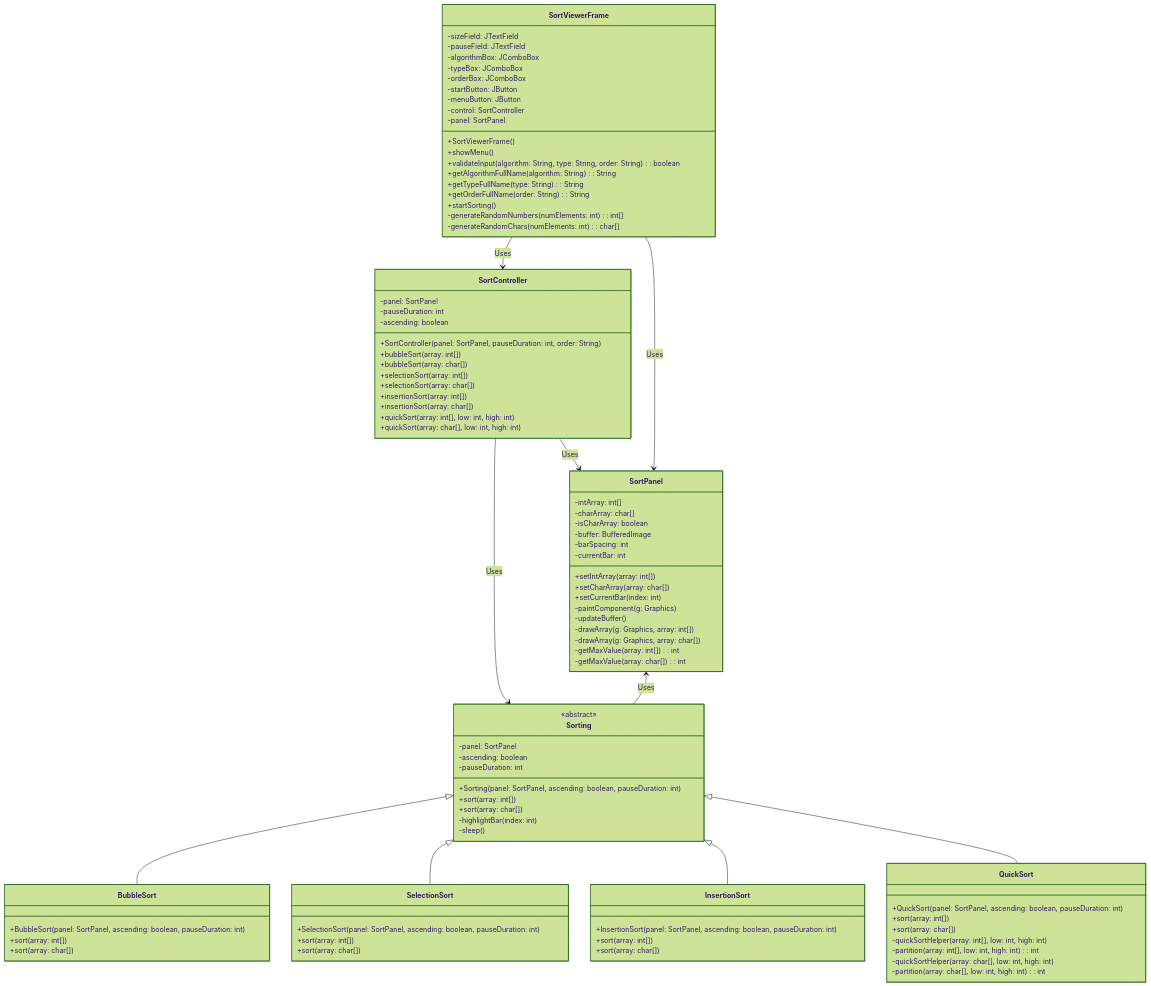
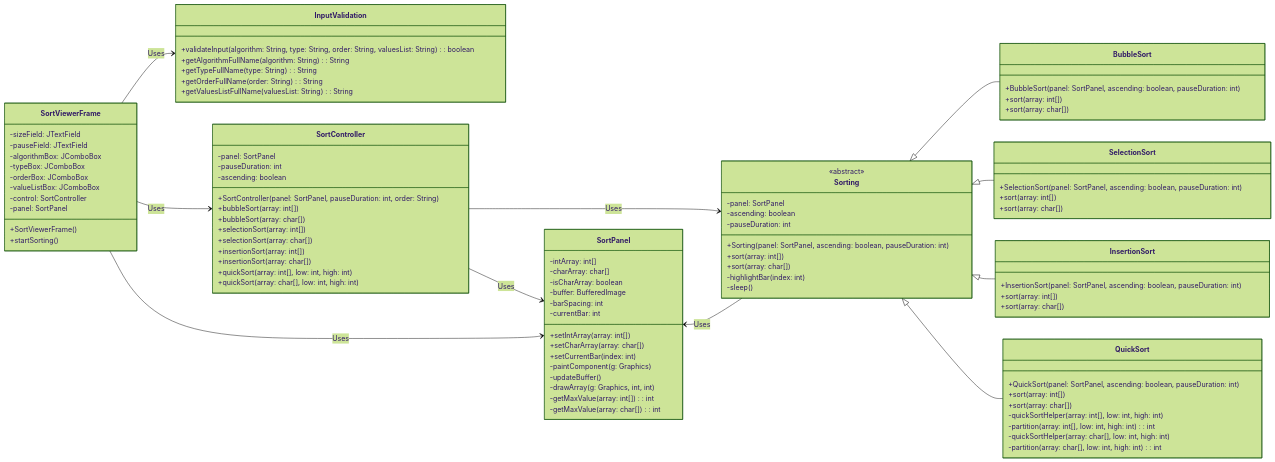
One commit to vitoriabarbosa/sort-visualizer changed the diagram in README.md. Above: the diagram before and after it, drawn with Mermaid (forest theme). The commit also changed other lines of this file, not shown here.

Commit message:
Update README.md
- informações sobre os algoritmos de ordenação utilizados no projeto

- como compilar e executar

````diff
--- a/README.md
+++ b/README.md
@@ -12,107 +29,107 @@
 ```mermaid
-classDiagram
+  classDiagram
+    direction LR
     class SortViewerFrame {
-        +SortViewerFrame()
-        +showMenu()
-        +validateInput(algorithm: String, type: String, order: String): boolean
-        +getAlgorithmFullName(algorithm: String): String
-        +getTypeFullName(type: String): String
-        +getOrderFullName(order: String): String
-        +startSorting()
-        -generateRandomNumbers(numElements: int): int[]
-        -generateRandomChars(numElements: int): char[]
-        -sizeField: JTextField
-        -pauseField: JTextField
-        -algorithmBox: JComboBox
-        -typeBox: JComboBox
-        -orderBox: JComboBox
-        -startButton: JButton
-        -menuButton: JButton
-        -control: SortController
-        -panel: SortPanel
-    }
-
-    class SortController {
-        +SortController(panel: SortPanel, pauseDuration: int, order: String)
-        +bubbleSort(array: int[])
-        +bubbleSort(array: char[])
-        +selectionSort(array: int[])
-        +selectionSort(array: char[])
-        +insertionSort(array: int[])
-        +insertionSort(array: char[])
-        +quickSort(array: int[], low: int, high: int)
-        +quickSort(array: char[], low: int, high: int)
-        -panel: SortPanel
-        -pauseDuration: int
-        -ascending: boolean
-    }
-
-    class Sorting {
-        <<abstract>>
-        +Sorting(panel: SortPanel, ascending: boolean, pauseDuration: int)
-        +sort(array: int[])
-        +sort(array: char[])
-        -highlightBar(index: int)
-        -sleep()
-        -panel: SortPanel
-        -ascending: boolean
-        -pauseDuration: int
-    }
-
-    class BubbleSort {
-        +BubbleSort(panel: SortPanel, ascending: boolean, pauseDuration: int)
-        +sort(array: int[])
-        +sort(array: char[])
-    }
-
-    class SelectionSort {
-        +SelectionSort(panel: SortPanel, ascending: boolean, pauseDuration: int)
-        +sort(array: int[])
-        +sort(array: char[])
-    }
-
-    class InsertionSort {
-        +InsertionSort(panel: SortPanel, ascending: boolean, pauseDuration: int)
-        +sort(array: int[])
-        +sort(array: char[])
-    }
-
-    class QuickSort {
-        +QuickSort(panel: SortPanel, ascending: boolean, pauseDuration: int)
-        +sort(array: int[])
-        +sort(array: char[])
-        -quickSortHelper(array: int[], low: int, high: int)
-        -partition(array: int[], low: int, high: int): int
-        -quickSortHelper(array: char[], low: int, high: int)
-        -partition(array: char[], low: int, high: int): int
-    }
-
-    class SortPanel {
-        +setIntArray(array: int[])
-        +setCharArray(array: char[])
-        +setCurrentBar(index: int)
-        -paintComponent(g: Graphics)
-        -updateBuffer()
-        -drawArray(g: Graphics, array: int[])
-        -drawArray(g: Graphics, array: char[])
-        -getMaxValue(array: int[]): int
-        -getMaxValue(array: char[]): int
-        -intArray: int[]
-        -charArray: char[]
-        -isCharArray: boolean
-        -buffer: BufferedImage
-        -barSpacing: int
-        -currentBar: int
-    }
-
-    SortViewerFrame --> SortController : Uses
-    SortController --> Sorting : Uses
-    Sorting <|-- BubbleSort
-    Sorting <|-- SelectionSort
-    Sorting <|-- InsertionSort
-    Sorting <|-- QuickSort
-    SortPanel <-- Sorting : Uses
-    SortController --> SortPanel : Uses
-    SortViewerFrame --> SortPanel : Uses
-
+          +SortViewerFrame()
+          +startSorting()
+          -sizeField: JTextField
+          -pauseField: JTextField
+          -algorithmBox: JComboBox
+          -typeBox: JComboBox
+          -orderBox: JComboBox
+          -valueListBox: JComboBox
+          -control: SortController
+          -panel: SortPanel
+      }
+      
+      class InputValidation {
+          +validateInput(algorithm: String, type: String, order: String, valuesList: String): boolean
+          +getAlgorithmFullName(algorithm: String): String
+          +getTypeFullName(type: String): String
+          +getOrderFullName(order: String): String
+          +getValuesListFullName(valuesList: String): String
+      }
+  
+      class SortController {
+          +SortController(panel: SortPanel, pauseDuration: int, order: String)
+          +bubbleSort(array: int[])
+          +bubbleSort(array: char[])
+          +selectionSort(array: int[])
+          +selectionSort(array: char[])
+          +insertionSort(array: int[])
+          +insertionSort(array: char[])
+          +quickSort(array: int[], low: int, high: int)
+          +quickSort(array: char[], low: int, high: int)
+          -panel: SortPanel
+          -pauseDuration: int
+          -ascending: boolean
+      }
+  
+      class Sorting {
+          <<abstract>>
+          +Sorting(panel: SortPanel, ascending: boolean, pauseDuration: int)
+          +sort(array: int[])
+          +sort(array: char[])
+          -highlightBar(index: int)
+          -sleep()
+          -panel: SortPanel
+          -ascending: boolean
+          -pauseDuration: int
+      }
+  
+      class BubbleSort {
+          +BubbleSort(panel: SortPanel, ascending: boolean, pauseDuration: int)
+          +sort(array: int[])
+          +sort(array: char[])
+      }
+  
+      class SelectionSort {
+          +SelectionSort(panel: SortPanel, ascending: boolean, pauseDuration: int)
+          +sort(array: int[])
+          +sort(array: char[])
+      }
+  
+      class InsertionSort {
+          +InsertionSort(panel: SortPanel, ascending: boolean, pauseDuration: int)
+          +sort(array: int[])
+          +sort(array: char[])
+      }
+  
+      class QuickSort {
+          +QuickSort(panel: SortPanel, ascending: boolean, pauseDuration: int)
+          +sort(array: int[])
+          +sort(array: char[])
+          -quickSortHelper(array: int[], low: int, high: int)
+          -partition(array: int[], low: int, high: int): int
+          -quickSortHelper(array: char[], low: int, high: int)
+          -partition(array: char[], low: int, high: int): int
+      }
+  
+      class SortPanel {
+          +setIntArray(array: int[])
+          +setCharArray(array: char[])
+          +setCurrentBar(index: int)
+          -paintComponent(g: Graphics)
+          -updateBuffer()
+          -drawArray(g: Graphics, int, int)
+          -getMaxValue(array: int[]): int
+          -getMaxValue(array: char[]): int
+          -intArray: int[]
+          -charArray: char[]
+          -isCharArray: boolean
+          -buffer: BufferedImage
+          -barSpacing: int
+          -currentBar: int
+      }
+  
+      SortViewerFrame --> SortController : Uses
+      SortViewerFrame --> InputValidation : Uses
+      SortController --> Sorting : Uses
+      Sorting <|-- BubbleSort
+      Sorting <|-- SelectionSort
+      Sorting <|-- InsertionSort
+      Sorting <|-- QuickSort
+      SortPanel <-- Sorting : Uses
+      SortController --> SortPanel : Uses
+      SortViewerFrame --> SortPanel : Uses
 ```
````
